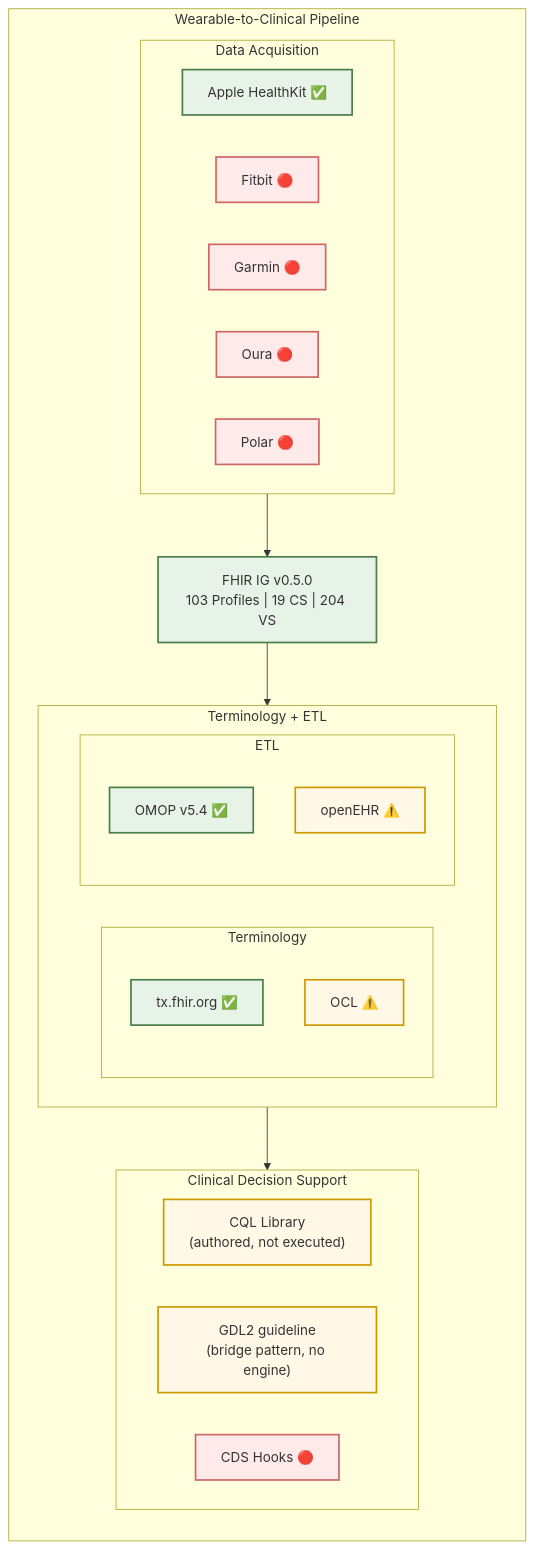
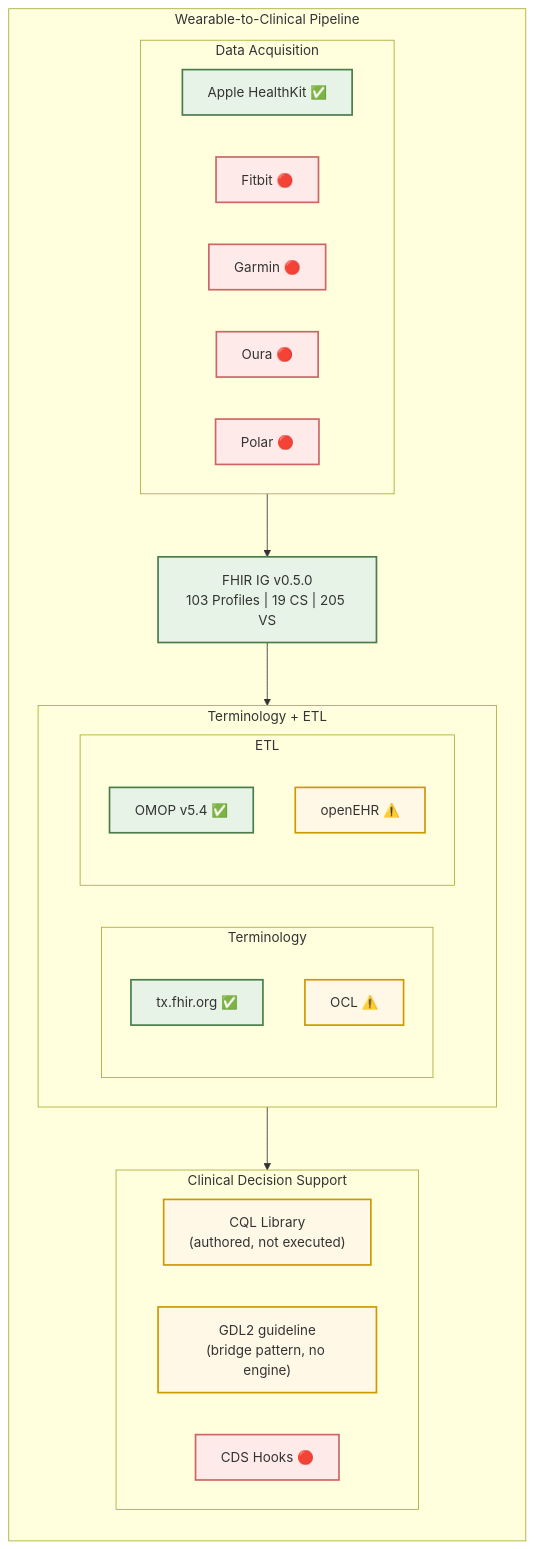
One commit to RicardoLSantos/shorthand changed the first of 4 diagrams in README.md. Above: the diagram before and after it, drawn with Mermaid. The commit also changed other lines of this file and 5 other files, not shown here.

````diff
--- a/README.md
+++ b/README.md
@@ -34,48 +34,48 @@
 ```mermaid
 flowchart TB
     subgraph WP["Wearable-to-Clinical Pipeline"]
         direction TB
 
         subgraph TG1["Data Acquisition"]
             direction LR
             APPLE["Apple HealthKit ✅"]
             FITBIT["Fitbit 🔴"]
             GARMIN["Garmin 🔴"]
             OURA["Oura 🔴"]
             POLAR["Polar 🔴"]
         end
 
-        FHIRIG["FHIR IG v0.5.0<br/>103 Profiles | 19 CS | 204 VS"]
+        FHIRIG["FHIR IG v0.5.0<br/>103 Profiles | 19 CS | 205 VS"]
 
         subgraph TG2["Terminology + ETL"]
             direction LR
             subgraph TERM["Terminology"]
                 TXFHIR["tx.fhir.org ✅"]
                 OCL["OCL ⚠️"]
             end
             subgraph ETL["ETL"]
                 OMOP["OMOP v5.4 ✅"]
                 OPENEHR["openEHR ⚠️"]
             end
         end
 
         subgraph TG4["Clinical Decision Support"]
             direction LR
             CQL["CQL Library<br/>(authored, not executed)"]
             GDL2["GDL2 guideline<br/>(bridge pattern, no engine)"]
             CDSHOOKS["CDS Hooks 🔴"]
         end
     end
 
     TG1 --> FHIRIG
     FHIRIG --> TG2
     TG2 --> TG4
 
     classDef done fill:#e6f3e6,stroke:#4a7c4a,stroke-width:2px,color:#333
     classDef partial fill:#fff8e6,stroke:#cc9900,stroke-width:2px,color:#333
     classDef todo fill:#ffeaea,stroke:#cc6666,stroke-width:2px,color:#333
 
     class APPLE,FHIRIG,TXFHIR,OMOP done
     class OCL,OPENEHR,CQL,GDL2 partial
     class FITBIT,GARMIN,OURA,POLAR,CDSHOOKS todo
 ```
````
